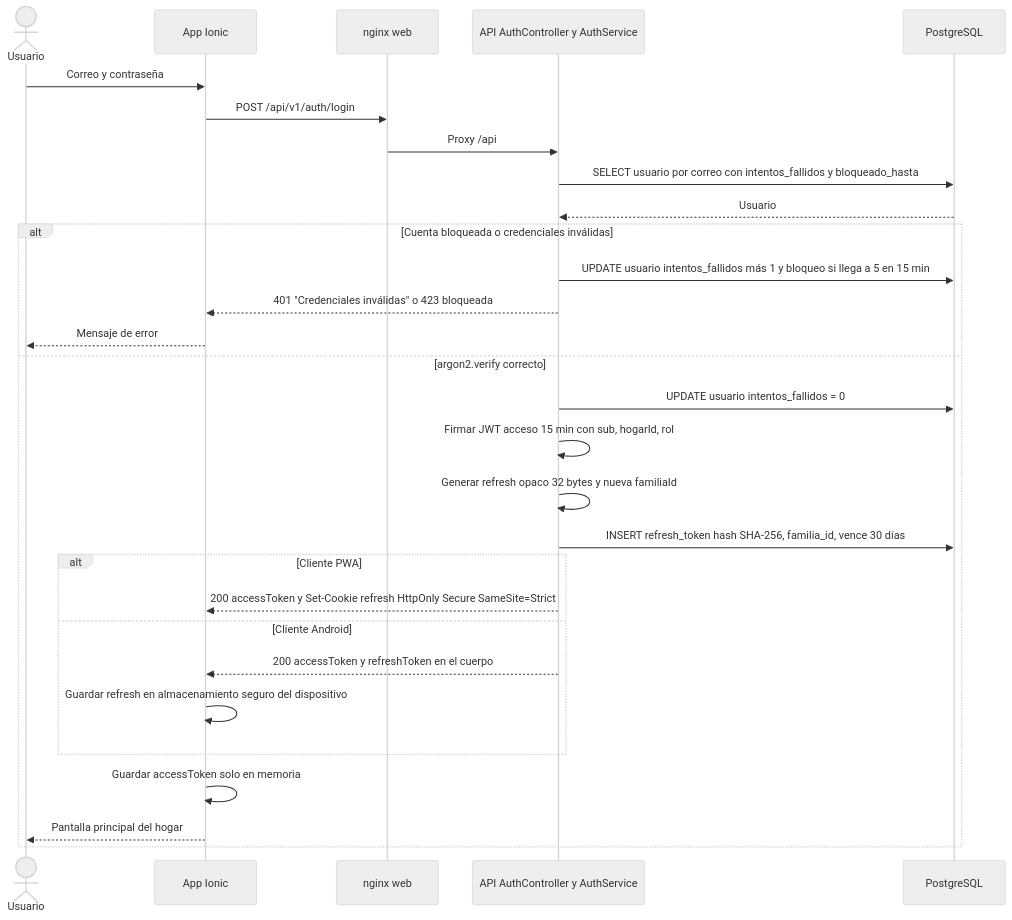
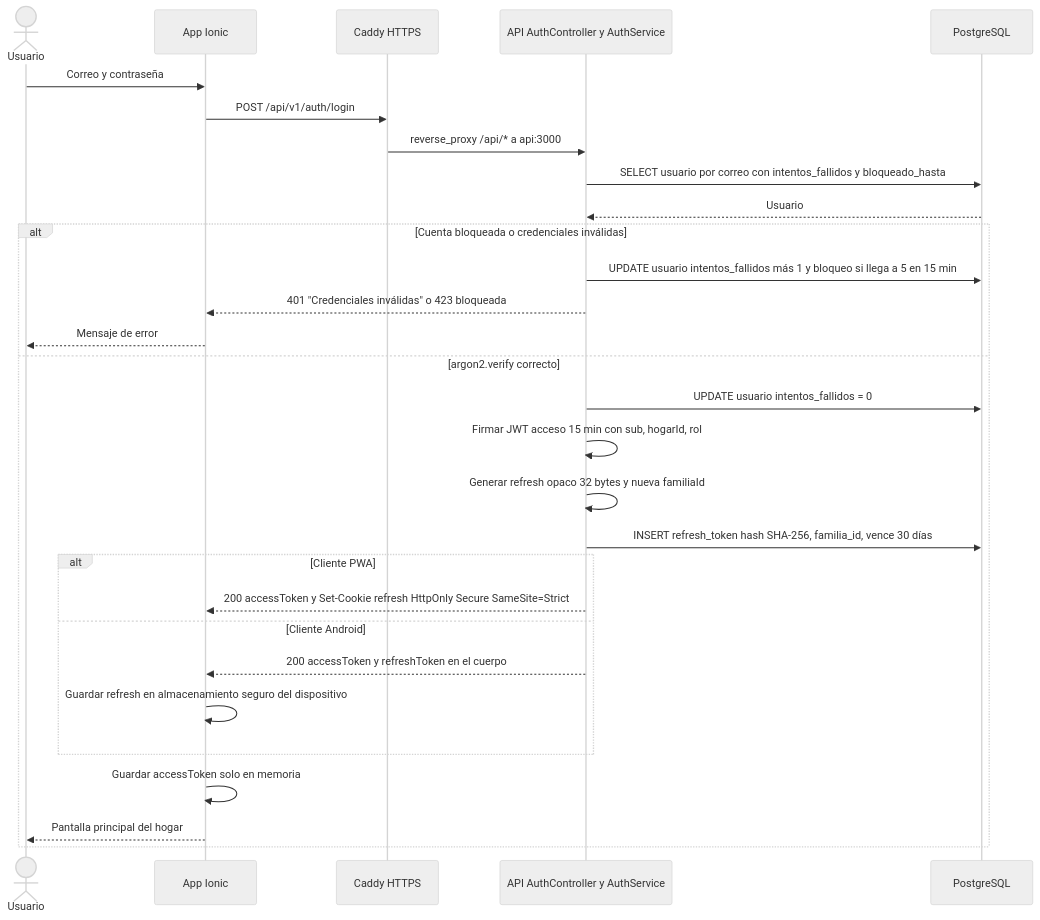
Before and after one commit to devrenerosales/App_Comidas: the first of 8 diagrams in docs/02-diseno/secuencias.md, drawn with Mermaid (neutral theme). The commit also changed 27 other files, not shown here.

````diff
--- a/docs/02-diseno/secuencias.md
+++ b/docs/02-diseno/secuencias.md
@@ -28,32 +28,32 @@
 ```mermaid
 sequenceDiagram
   actor U as Usuario
   participant APP as App Ionic
-  participant WEB as nginx web
+  participant WEB as Caddy HTTPS
   participant AUTH as API AuthController y AuthService
   participant DB as PostgreSQL
 
   U->>APP: Correo y contraseña
   APP->>WEB: POST /api/v1/auth/login
-  WEB->>AUTH: Proxy /api
+  WEB->>AUTH: reverse_proxy /api/* a api:3000
   AUTH->>DB: SELECT usuario por correo con intentos_fallidos y bloqueado_hasta
   DB-->>AUTH: Usuario
   alt Cuenta bloqueada o credenciales inválidas
     AUTH->>DB: UPDATE usuario intentos_fallidos más 1 y bloqueo si llega a 5 en 15 min
     AUTH-->>APP: 401 "Credenciales inválidas" o 423 bloqueada
     APP-->>U: Mensaje de error
   else argon2.verify correcto
     AUTH->>DB: UPDATE usuario intentos_fallidos = 0
     AUTH->>AUTH: Firmar JWT acceso 15 min con sub, hogarId, rol
     AUTH->>AUTH: Generar refresh opaco 32 bytes y nueva familiaId
     AUTH->>DB: INSERT refresh_token hash SHA-256, familia_id, vence 30 días
     alt Cliente PWA
       AUTH-->>APP: 200 accessToken y Set-Cookie refresh HttpOnly Secure SameSite=Strict
     else Cliente Android
       AUTH-->>APP: 200 accessToken y refreshToken en el cuerpo
       APP->>APP: Guardar refresh en almacenamiento seguro del dispositivo
     end
     APP->>APP: Guardar accessToken solo en memoria
     APP-->>U: Pantalla principal del hogar
   end
 ```
````
